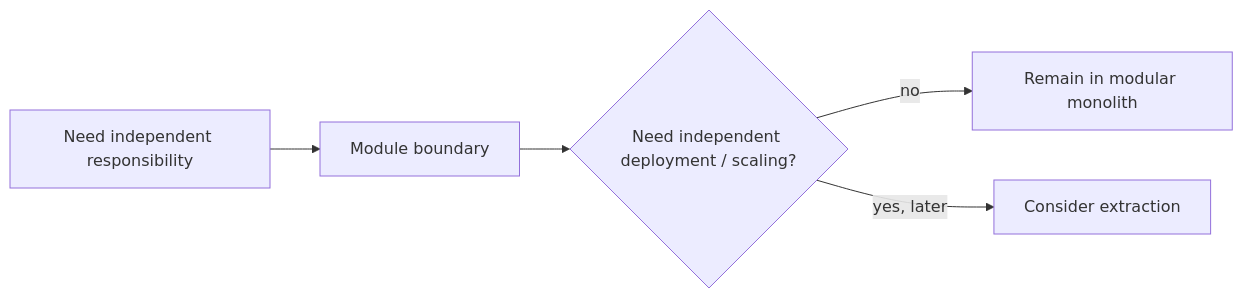
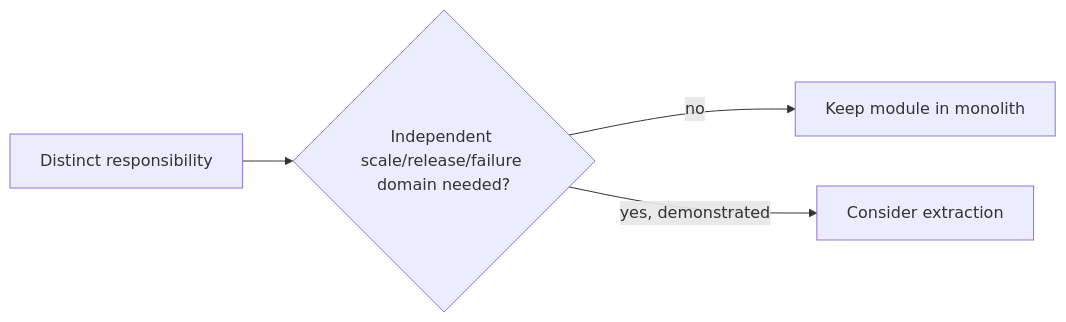
The fifth of 7 diagrams in docs/architecture/ARCHITECTURE_OVERVIEW.md (kumarchandansingh/tropos), drawn with Mermaid before and after one commit. The commit also changed other lines of this file and 23 other files, not shown here.

````diff
--- a/docs/architecture/ARCHITECTURE_OVERVIEW.md
+++ b/docs/architecture/ARCHITECTURE_OVERVIEW.md
@@ -104,7 +137,7 @@
 ```mermaid
 flowchart LR
-    Need[Need independent responsibility] --> Module[Module boundary]
-    Module --> Evidence{Need independent deployment / scaling?}
-    Evidence -- no --> Mono[Remain in modular monolith]
-    Evidence -- yes, later --> Service[Consider extraction]
+    Boundary[Distinct responsibility]
+    --> Evidence{Independent scale/release/failure domain needed?}
+    Evidence -- no --> Module[Keep module in monolith]
+    Evidence -- yes, demonstrated --> Service[Consider extraction]
 ```
````
